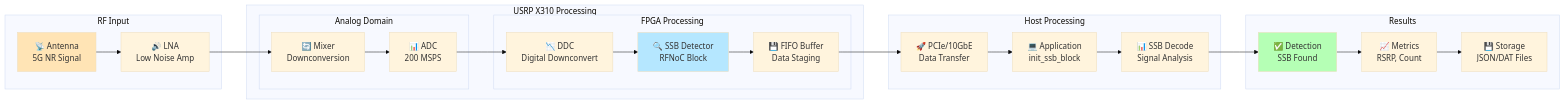
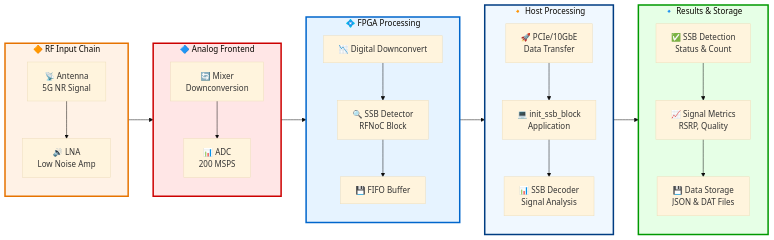
One commit to rockyco/5G-Scanner changed the seventh of 7 diagrams in README.md. Above: the diagram before and after it, drawn with Mermaid (base theme). The commit also changed other lines of this file and 1 other file, not shown here.

First line of the commit message:
📚 Docs: Enhanced README with improved Mermaid diagrams and visual architecture

````diff
--- a/README.md
+++ b/README.md
@@ -520,49 +593,55 @@
 ```mermaid
 flowchart LR
-    subgraph "RF Input"
+    subgraph RF[🔶 RF Input Chain]
+        direction TB
         ANT[📡 Antenna<br/>5G NR Signal]
         LNA[🔊 LNA<br/>Low Noise Amp]
+        ANT --> LNA
     end
     
-    subgraph "USRP X310 Processing"
-        subgraph "Analog Domain"
-            MIX[🔄 Mixer<br/>Downconversion]
-            ADC[📊 ADC<br/>200 MSPS]
-        end
-        
-        subgraph "FPGA Processing"
-            DDC[📉 DDC<br/>Digital Downconvert]
-            SSB_DET[🔍 SSB Detector<br/>RFNoC Block]
-            BUFFER[💾 FIFO Buffer<br/>Data Staging]
-        end
+    subgraph ANALOG[🔷 Analog Frontend]
+        direction TB
+        MIX[🔄 Mixer<br/>Downconversion]
+        ADC[📊 ADC<br/>200 MSPS]
+        MIX --> ADC
     end
     
-    subgraph "Host Processing"
-        DMA[🚀 PCIe/10GbE<br/>Data Transfer]
-        APP[💻 Application<br/>init_ssb_block]
-        DECODE[📊 SSB Decode<br/>Signal Analysis]
+    subgraph FPGA[💠 FPGA Processing]
+        direction TB
+        DDC[📉 Digital Downconvert]
+        SSB[🔍 SSB Detector<br/>RFNoC Block]
+        BUF[💾 FIFO Buffer]
+        DDC --> SSB
+        SSB --> BUF
     end
     
-    subgraph "Results"
-        DETECT[✅ Detection<br/>SSB Found]
-        METRICS[📈 Metrics<br/>RSRP, Count]
-        SAVE[💾 Storage<br/>JSON/DAT Files]
+    subgraph HOST[🔸 Host Processing]
+        direction TB
+        DMA[🚀 PCIe/10GbE<br/>Data Transfer]
+        APP[💻 init_ssb_block<br/>Application]
+        DEC[📊 SSB Decoder<br/>Signal Analysis]
+        DMA --> APP
+        APP --> DEC
     end
     
-    ANT --> LNA
-    LNA --> MIX
-    MIX --> ADC
-    ADC --> DDC
-    DDC --> SSB_DET
-    SSB_DET --> BUFFER
-    BUFFER --> DMA
-    DMA --> APP
-    APP --> DECODE
-    DECODE --> DETECT
-    DETECT --> METRICS
-    METRICS --> SAVE
+    subgraph RESULTS[🔹 Results & Storage]
+        direction TB
+        DET[✅ SSB Detection<br/>Status & Count]
+        MET[📈 Signal Metrics<br/>RSRP, Quality]
+        SAV[💾 Data Storage<br/>JSON & DAT Files]
+        DET --> MET
+        MET --> SAV
+    end
     
-    style ANT fill:#ffe4b5
-    style SSB_DET fill:#b5e7ff
-    style DETECT fill:#b5ffb5
+    RF --> ANALOG
+    ANALOG --> FPGA
+    FPGA --> HOST
+    HOST --> RESULTS
+    
+    %% Enhanced styling with consistent color scheme
+    style RF fill:#fff2e6,stroke:#e67300,stroke-width:3px
+    style ANALOG fill:#ffe6e6,stroke:#cc0000,stroke-width:3px
+    style FPGA fill:#e6f3ff,stroke:#0066cc,stroke-width:3px
+    style HOST fill:#f0f8ff,stroke:#003d82,stroke-width:3px
+    style RESULTS fill:#e6ffe6,stroke:#009900,stroke-width:3px
 ```
````
